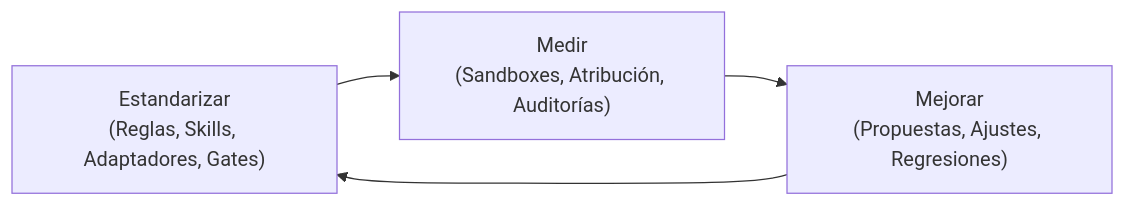
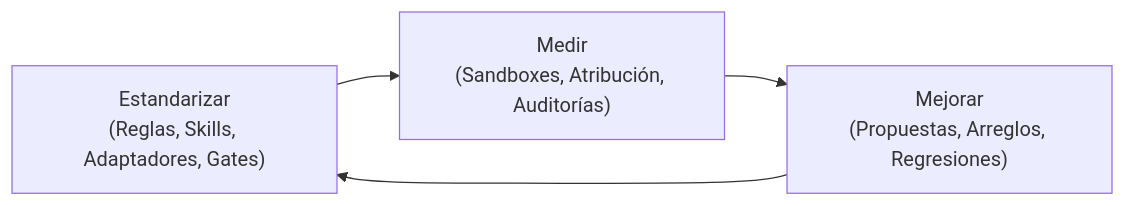
Before and after one commit to marcosdh1987/harness-engineering-guide: the first of 3 diagrams in docs/es/index.md, drawn with Mermaid. The commit also changed other lines of this file and 120 other files, not shown here.

````diff
--- a/docs/es/index.md
+++ b/docs/es/index.md
@@ -9,6 +9,6 @@
 ```mermaid
 flowchart LR
     A["Estandarizar<br/>(Reglas, Skills, Adaptadores, Gates)"] --> B["Medir<br/>(Sandboxes, Atribución, Auditorías)"]
-    B --> C["Mejorar<br/>(Propuestas, Ajustes, Regresiones)"]
+    B --> C["Mejorar<br/>(Propuestas, Arreglos, Regresiones)"]
     C --> A
 ```
````
